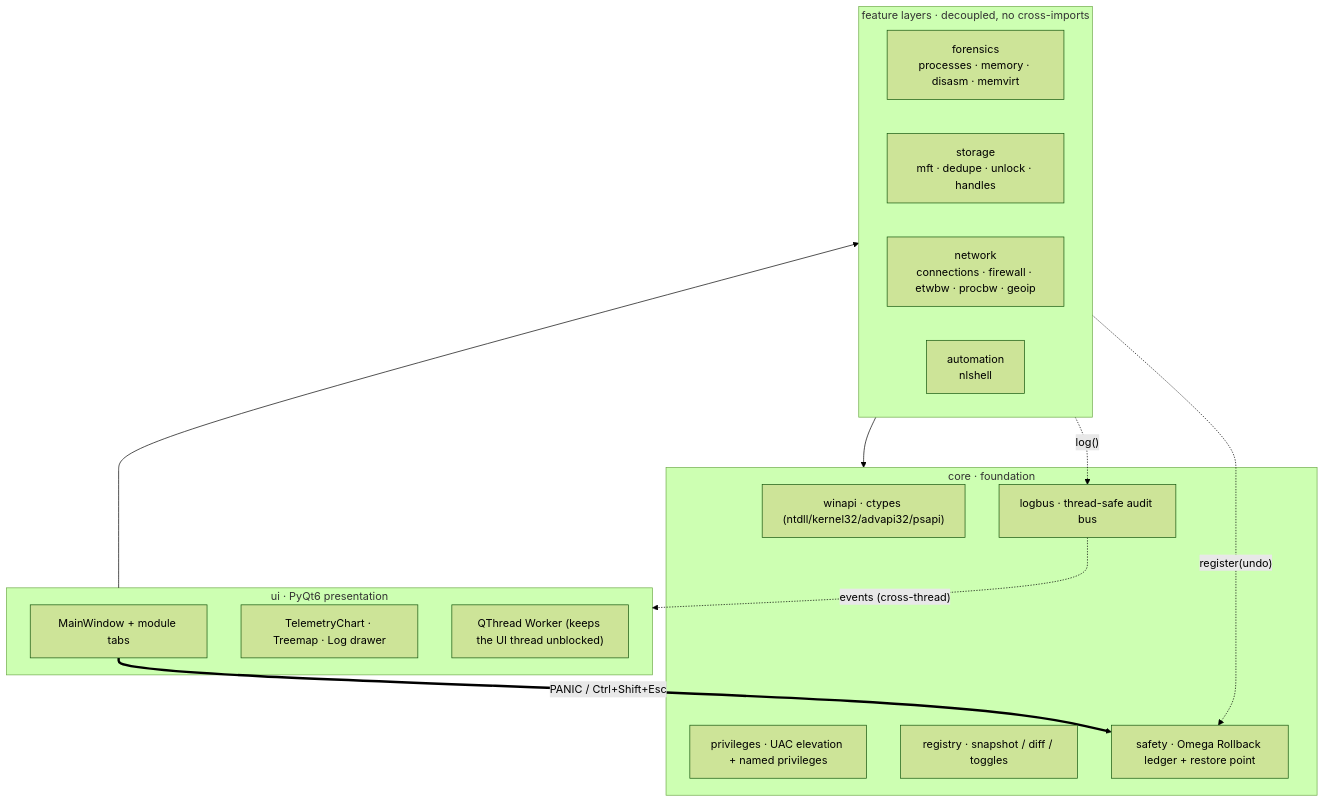
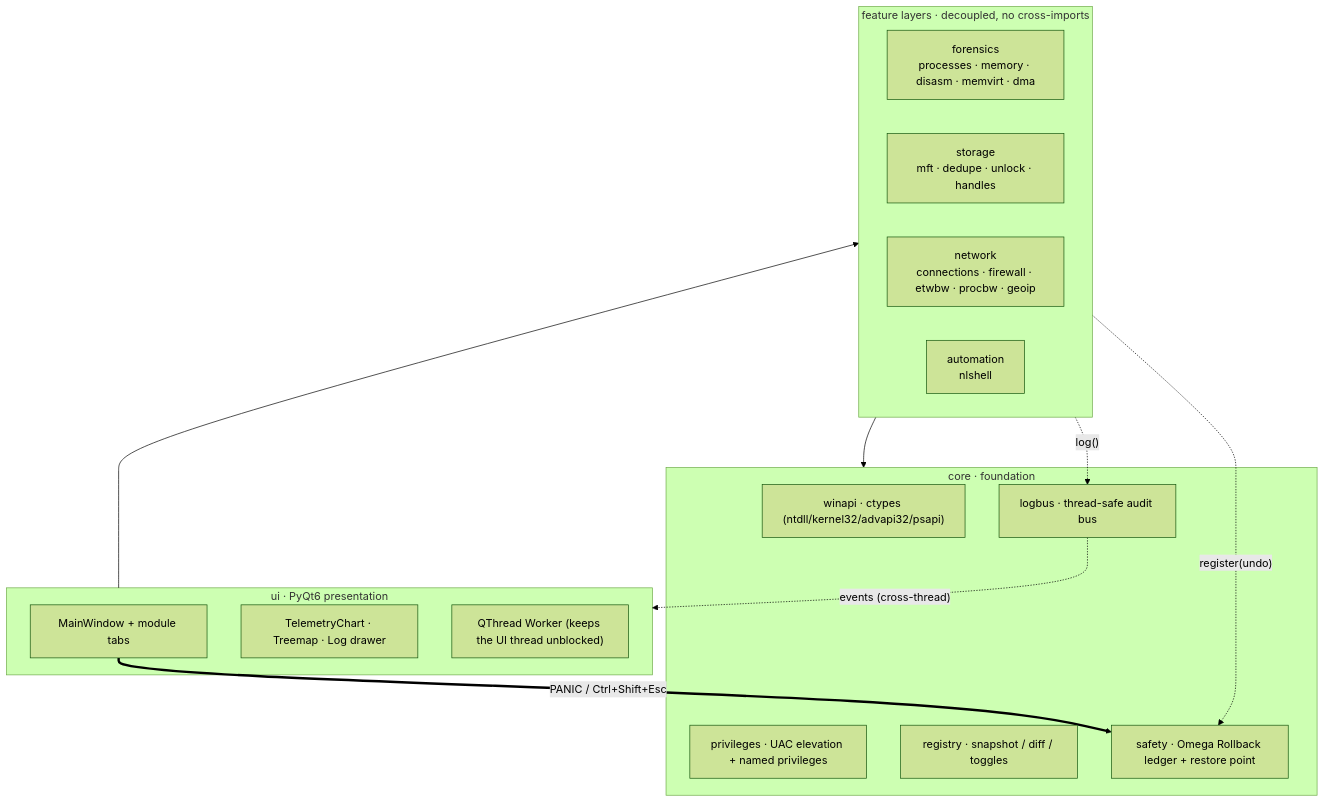
One commit to Dray973/Aetheris changed the first of 2 diagrams in docs/ARCHITECTURE.md. Above: the diagram before and after it, drawn with Mermaid (forest theme). The commit also changed other lines of this file and 1 other file, not shown here.

Commit message:
docs: document the DMA module + tab; fix stale tab-count docstring
ARCHITECTURE module map + layering diagram now list forensics/dma (PCILeech-FPGA
physical read + guarded DMA write). MainWindow's docstring said "five module
workspaces" -- there are now eight tabs -- so it no longer hard-codes a count.

````diff
--- a/docs/ARCHITECTURE.md
+++ b/docs/ARCHITECTURE.md
@@ -10,29 +10,29 @@
 ```mermaid
 flowchart TB
     subgraph UI["ui · PyQt6 presentation"]
         MW["MainWindow + module tabs"]
         VIS["TelemetryChart · Treemap · Log drawer"]
         WK["QThread Worker (keeps the UI thread unblocked)"]
     end
 
     subgraph FEAT["feature layers · decoupled, no cross-imports"]
-        F["forensics<br/>processes · memory · disasm · memvirt"]
+        F["forensics<br/>processes · memory · disasm · memvirt · dma"]
         S["storage<br/>mft · dedupe · unlock · handles"]
         N["network<br/>connections · firewall · etwbw · procbw · geoip"]
         A["automation<br/>nlshell"]
     end
 
     subgraph CORE["core · foundation"]
         WIN["winapi · ctypes (ntdll/kernel32/advapi32/psapi)"]
         PRIV["privileges · UAC elevation + named privileges"]
         REG["registry · snapshot / diff / toggles"]
         LB["logbus · thread-safe audit bus"]
         SF["safety · Omega Rollback ledger + restore point"]
     end
 
     UI --> FEAT --> CORE
     FEAT -. "log()" .-> LB
     LB -. "events (cross-thread)" .-> UI
     FEAT -. "register(undo)" .-> SF
     MW == "PANIC / Ctrl+Shift+Esc" ==> SF
 ```
````
